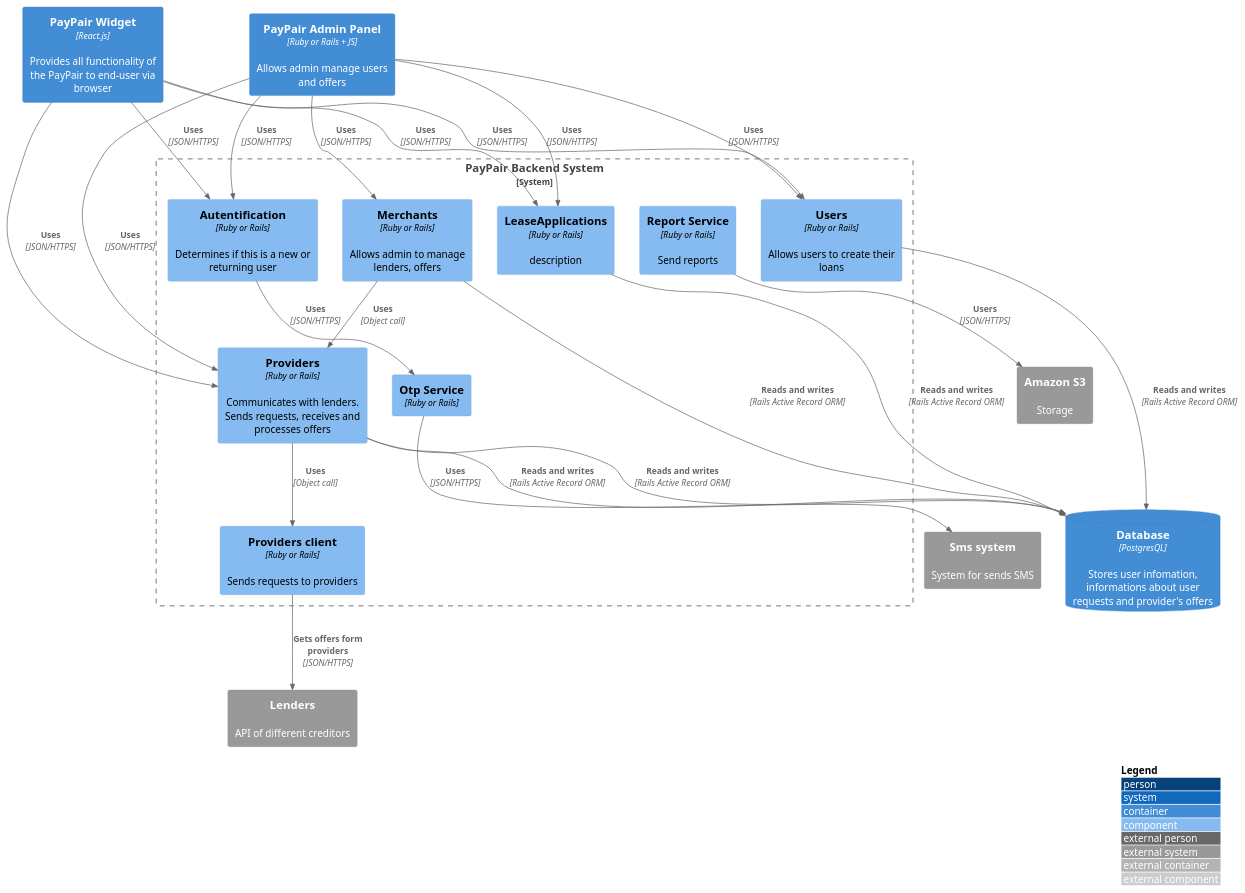
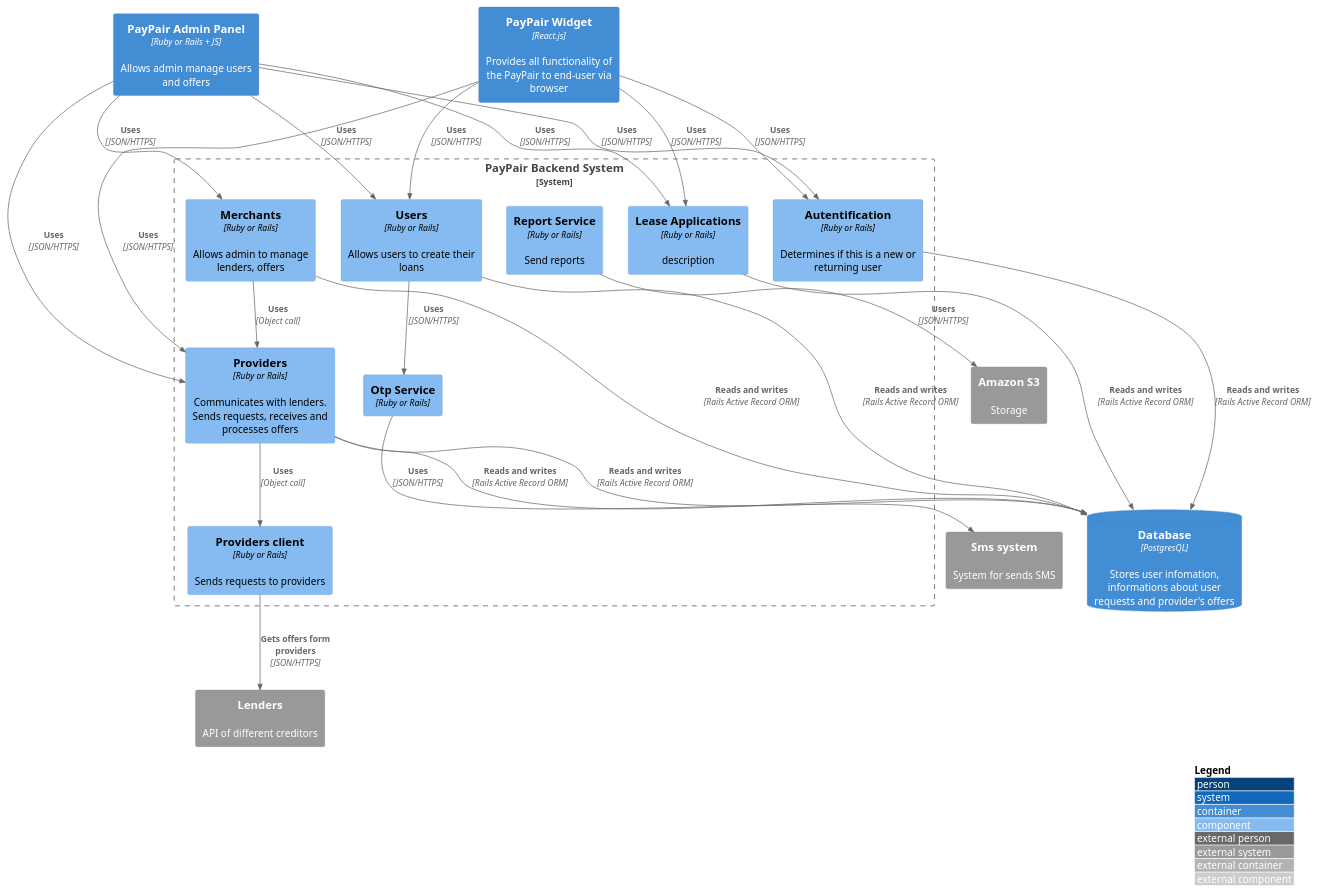
One commit to artsiomivanets/docs changed the diagram in src/1.3 Diagrams for PayPair/1.3.3 Components Diagram/context.puml. Above: the diagram before and after it, drawn with PlantUML. The commit also changed 28 other files, not shown here.

```diff
--- a/src/1.3 Diagrams for PayPair/1.3.3 Components Diagram/context.puml
+++ b/src/1.3 Diagrams for PayPair/1.3.3 Components Diagram/context.puml
@@ -1,50 +1,51 @@
 @startuml
 !include https://raw.githubusercontent.com/adrianvlupu/C4-PlantUML/latest/C4_Container.puml
 !include https://raw.githubusercontent.com/adrianvlupu/C4-PlantUML/latest/C4_Component.puml
 
 LAYOUT_WITH_LEGEND()
 
 Container(pp_fe_app, "PayPair Widget", "React.js", "Provides all functionality of the PayPair to end-user via browser")
 Container(pp_admin_panel, "PayPair Admin Panel", "Ruby or Rails + JS", "Allows admin manage users and offers")
 ContainerDb(db, "Database", "PostgresQL", "Stores user infomation, informations about user requests and provider's offers")
 System_Ext(lenders, "Lenders", "API of different creditors")
 System_Ext(sms, "Sms system", "System for sends SMS")
 System_Ext(amazon, "Amazon S3", "Storage")
 
 System_Boundary(pp_system, "PayPair Backend System") {
     Component(providers, "Providers", "Ruby or Rails", "Communicates with lenders. Sends requests, receives and processes offers")
     Component(users, "Users", "Ruby or Rails", "Allows users to create their loans")
     Component(merchants, "Merchants", "Ruby or Rails", "Allows admin to manage lenders, offers")
-    Component(lease_applications, "LeaseApplications", "Ruby or Rails", "description")
+    Component(lease_applications, "Lease Applications", "Ruby or Rails", "description")
     Component(provider_clients, "Providers client", "Ruby or Rails", "Sends requests to providers")
     Component(autentification, "Autentification", "Ruby or Rails", "Determines if this is a new or returning user")
     Component(opt, "Otp Service", "Ruby or Rails")
     Component(report, "Report Service", "Ruby or Rails", "Send reports")
 }
 
 Rel(provider_clients, lenders, "Gets offers form providers", "JSON/HTTPS")
 Rel(opt, sms, "Uses", "JSON/HTTPS")
 
 Rel(pp_fe_app, users, "Uses", "JSON/HTTPS")
 Rel(pp_fe_app, providers, "Uses", "JSON/HTTPS")
 Rel(pp_fe_app, lease_applications, "Uses", "JSON/HTTPS")
 Rel(pp_fe_app, autentification, "Uses", "JSON/HTTPS")
-Rel(autentification, opt, "Uses", "JSON/HTTPS")
+Rel(users, opt, "Uses", "JSON/HTTPS")
 
 Rel(pp_admin_panel, merchants, "Uses", "JSON/HTTPS")
 Rel(pp_admin_panel, users, "Uses", "JSON/HTTPS")
 Rel(pp_admin_panel, providers, "Uses", "JSON/HTTPS")
 Rel(pp_admin_panel, lease_applications, "Uses", "JSON/HTTPS")
 Rel(pp_admin_panel, autentification, "Uses", "JSON/HTTPS")
 
 Rel(merchants, providers, "Uses", "Object call")
 
 Rel(providers, provider_clients, "Uses", "Object call")
 
 Rel(providers, db, "Reads and writes", "Rails Active Record ORM")
 Rel(users, db, "Reads and writes", "Rails Active Record ORM")
 Rel(lease_applications, db, "Reads and writes", "Rails Active Record ORM")
 Rel(merchants, db, "Reads and writes", "Rails Active Record ORM")
 Rel(providers, db, "Reads and writes", "Rails Active Record ORM")
+Rel(autentification, db, "Reads and writes", "Rails Active Record ORM")
 Rel(report, amazon, "Users", "JSON/HTTPS")
 @enduml
```
